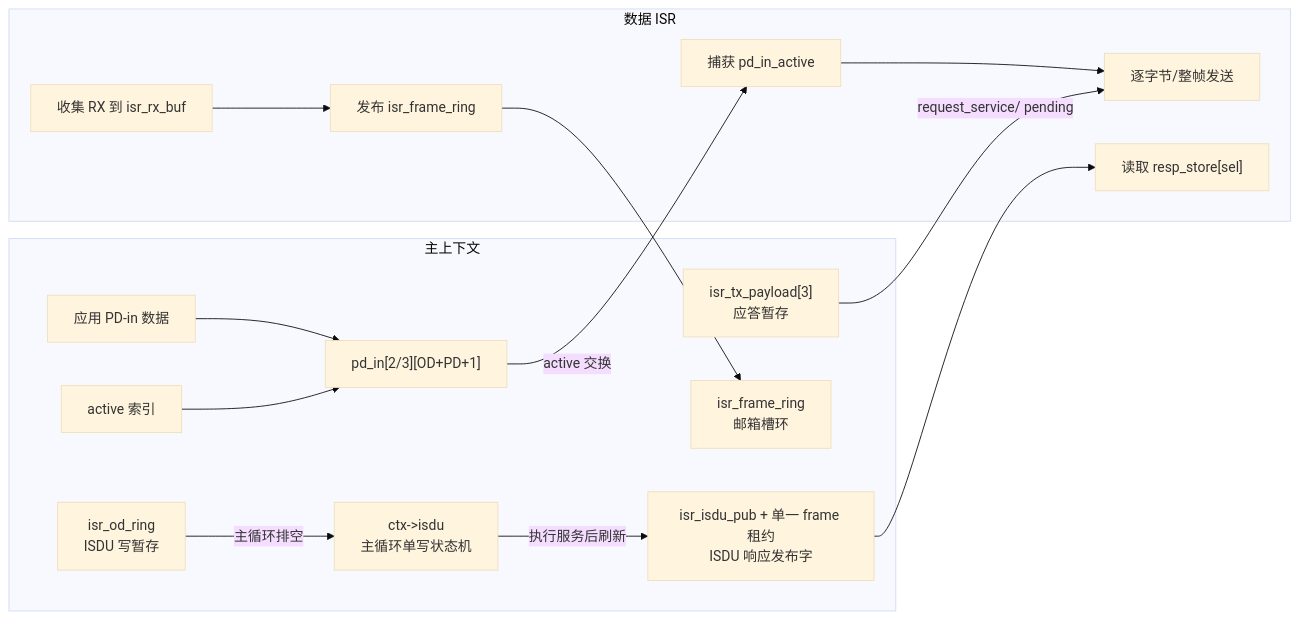
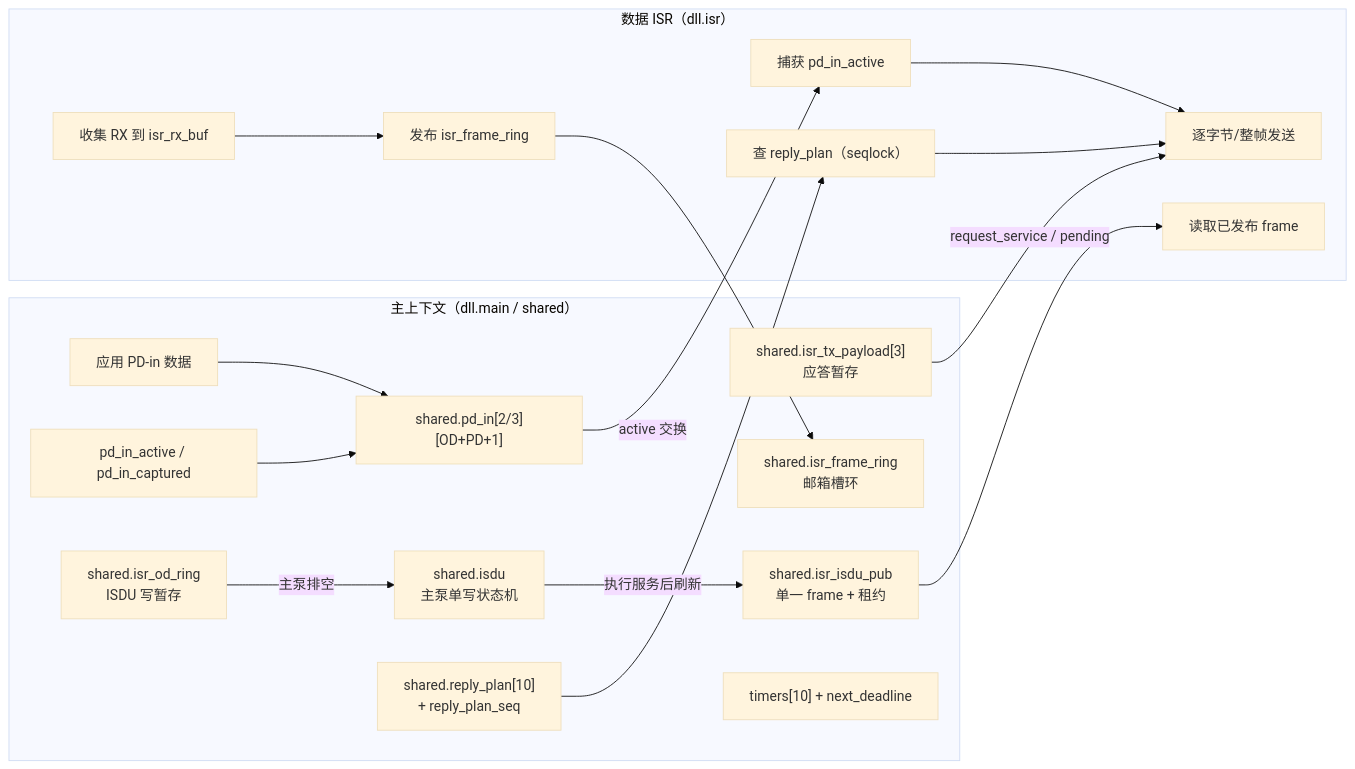
Before and after one commit to Adlyq/iolinki: diagram 16 of 16 in docs/CODE_FLOW.md, drawn with Mermaid (base theme). The commit also changed other lines of this file and 7 other files, not shown here.

First line of the commit message:
docs: sync the API, architecture and flow docs with the post-CR code

````diff
--- a/docs/CODE_FLOW.md
+++ b/docs/CODE_FLOW.md
@@ -830,30 +944,35 @@
 ```mermaid
 flowchart LR
-    subgraph MAIN["主上下文"]
+    subgraph MAIN["主上下文（dll.main / shared）"]
         M1["应用 PD-in 数据"]
-        M2["pd_in[2/3][OD+PD+1]"]
-        M3["active 索引"]
-        M4["isr_tx_payload[3]<br/>应答暂存"]
-        M5["isr_od_ring<br/>ISDU 写暂存"]
-        M8["ctx->isdu<br/>主循环单写状态机"]
-        M6["isr_isdu_pub + 单一 frame 租约<br/>ISDU 响应发布字"]
-        M7["isr_frame_ring<br/>邮箱槽环"]
+        M2["shared.pd_in[2/3][OD+PD+1]"]
+        M3["pd_in_active / pd_in_captured"]
+        M4["shared.isr_tx_payload[3]<br/>应答暂存"]
+        M5["shared.isr_od_ring<br/>ISDU 写暂存"]
+        M8["shared.isdu<br/>主泵单写状态机"]
+        M6["shared.isr_isdu_pub<br/>单一 frame + 租约"]
+        M7["shared.isr_frame_ring<br/>邮箱槽环"]
+        M9["shared.reply_plan[10]<br/>+ reply_plan_seq"]
+        M10["timers[10] + next_deadline"]
     end
-    subgraph ISR["数据 ISR"]
+    subgraph ISR["数据 ISR（dll.isr）"]
         I1["捕获 pd_in_active"]
         I2["逐字节/整帧发送"]
         I3["收集 RX 到 isr_rx_buf"]
-        I4["读取 resp_store[sel]"]
+        I4["读取已发布 frame"]
         I5["发布 isr_frame_ring"]
+        I6["查 reply_plan（seqlock）"]
     end
     M1 --> M2
     M3 --> M2
     M2 -->|active 交换| I1
     I1 --> I2
-    M4 -->|request_service/ pending| I2
-    M5 -->|主循环排空| M8
+    M4 -->|request_service / pending| I2
+    M5 -->|主泵排空| M8
     M8 -->|执行服务后刷新| M6
     M6 --> I4
+    M9 --> I6
+    I6 --> I2
     I3 --> I5
     I5 --> M7
 ```
````
